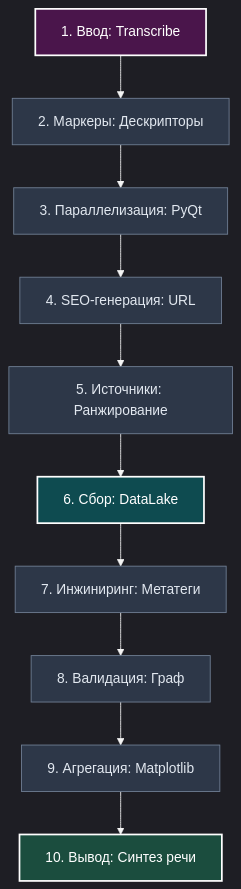
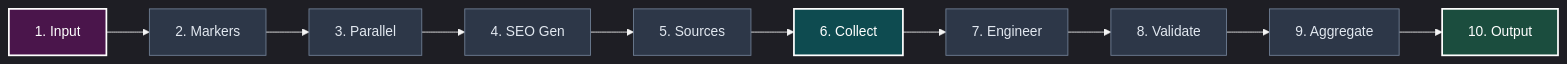
Before and after one commit to anrikos/Data-Driven-system: the diagram in README.ru.md, drawn with Mermaid.

````diff
--- a/README.ru.md
+++ b/README.ru.md
@@ -42,20 +42,20 @@
 ```mermaid
 %%{init: {'theme': 'dark', 'themeVariables': { 'lineColor': '#F4F4F4', 'edgeLabelBackground':'#222' }}}%%
-graph TD
-    A[1. Ввод: Transcribe] --> B[2. Маркеры: Дескрипторы]
-    B --> C[3. Параллелизация: PyQt]
-    C --> D[4. SEO-генерация: URL]
-    D --> E[5. Источники: Ранжирование]
-    E --> F[6. Сбор: DataLake]
-    F --> G[7. Инжиниринг: Метатеги]
-    G --> H[8. Валидация: Граф]
-    H --> I[9. Агрегация: Matplotlib]
-    I --> J[10. Вывод: Синтез речи]
+graph LR
+    %% Row 1
+    A[1. Input] --> B[2. Markers] --> C[3. Parallel] --> D[4. SEO Gen] --> E[5. Sources]
     
-    %% Стили для высокой контрастности на темном фоне %%
+    %% Compact Connection
+    E --> F[6. Collect]
+    
+    %% Row 2
+    F --> G[7. Engineer] --> H[8. Validate] --> I[9. Aggregate] --> J[10. Output]
+
+    %% High-contrast highlights
     style A fill:#4a154b,stroke:#fff,stroke-width:2px,color:#fff
     style F fill:#0e4b50,stroke:#fff,stroke-width:2px,color:#fff
     style J fill:#1b4d3e,stroke:#fff,stroke-width:2px,color:#fff
     
     classDef default fill:#2d3748,stroke:#718096,stroke-width:1px,color:#e2e8f0;
+
 ```
````
